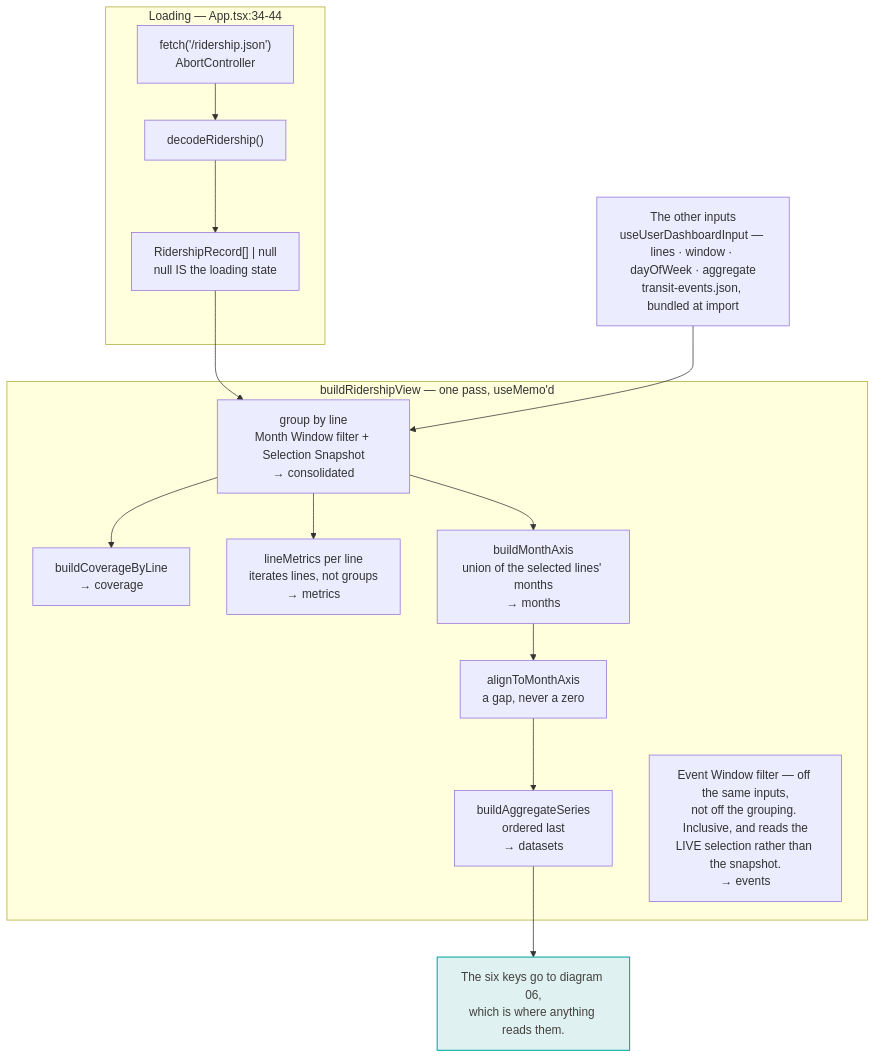
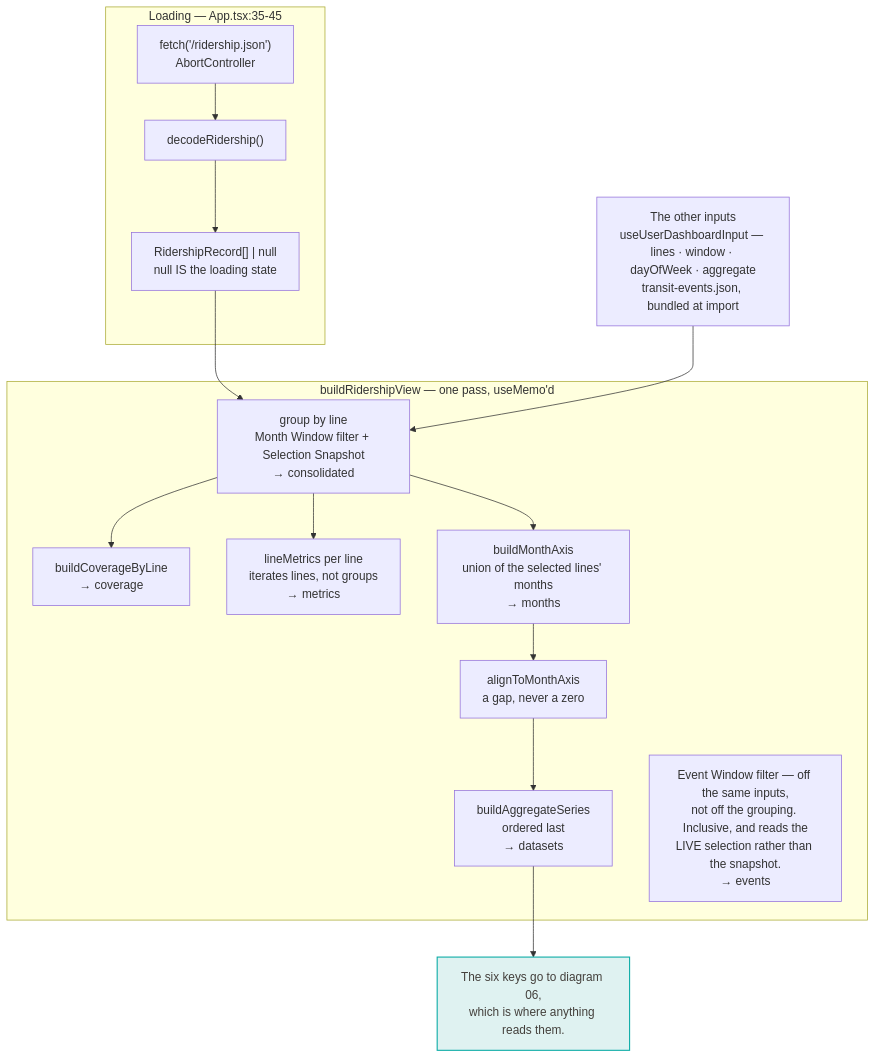
Before and after one commit to streetsforall/metro_ridership_app: the diagram in docs/architecture/mermaid/05-runtime-load-and-derive.mmd, drawn with Mermaid. The commit also changed 11 other files, not shown here.

```diff
--- a/docs/architecture/mermaid/05-runtime-load-and-derive.mmd
+++ b/docs/architecture/mermaid/05-runtime-load-and-derive.mmd
@@ -1,32 +1,32 @@
 flowchart TB
-  subgraph loading["Loading — App.tsx:34-44"]
+  subgraph loading["Loading — App.tsx:35-45"]
     fetchCall["fetch('/ridership.json')<br/>AbortController"]
     decode["decodeRidership()"]
     records["RidershipRecord[] | null<br/>null IS the loading state"]
     fetchCall --> decode --> records
   end
 
   inputs["The other inputs<br/>useUserDashboardInput — lines · window · dayOfWeek · aggregate<br/>transit-events.json, bundled at import"]
 
   subgraph derive["buildRidershipView — one pass, useMemo'd"]
     group["group by line<br/>Month Window filter + Selection Snapshot<br/>→ consolidated"]
     cover["buildCoverageByLine<br/>→ coverage"]
     metricsLoop["lineMetrics per line<br/>iterates lines, not groups<br/>→ metrics"]
     axis["buildMonthAxis<br/>union of the selected lines' months<br/>→ months"]
     align["alignToMonthAxis<br/>a gap, never a zero"]
     agg["buildAggregateSeries<br/>ordered last<br/>→ datasets"]
     evfilter["Event Window filter — off the same inputs,<br/>not off the grouping. Inclusive, and reads the<br/>LIVE selection rather than the snapshot.<br/>→ events"]
 
     group --> cover
     group --> metricsLoop
     group --> axis --> align --> agg
   end
 
   records --> group
   inputs --> group
 
   returns["The six keys go to diagram 06,<br/>which is where anything reads them."]
   agg --> returns
 
   classDef key fill:#dff2f1,stroke:#0fada8,stroke-width:1.5px,color:#44403c
   class returns key
```
